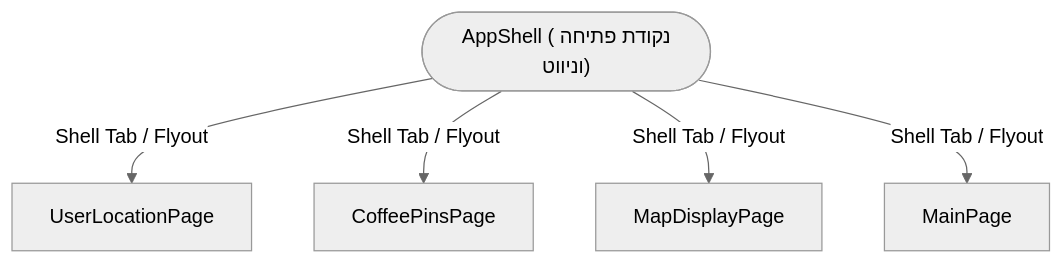
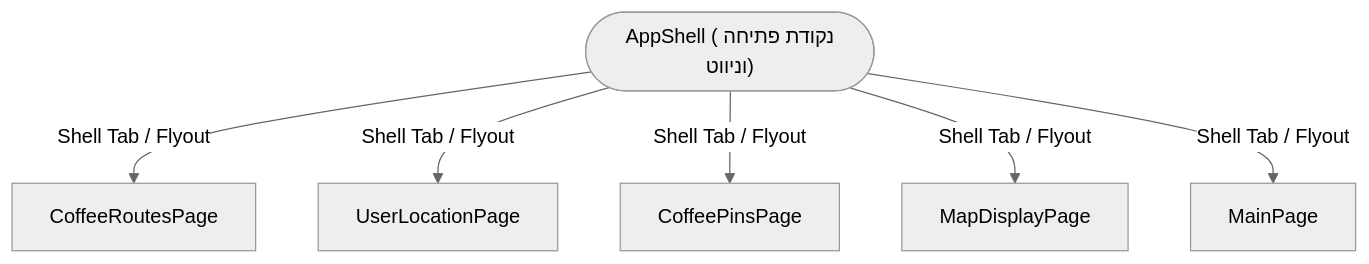
One commit to stma1one/MauiGoogleMapSample changed the diagram in Learning/Diagrams/Screen-Flow.mmd. Above: the diagram before and after it, drawn with Mermaid (neutral theme). The commit also changed 41 other files, not shown here.

Commit message:
feat(stage-05): add CoffeeRoutesPage, Polyline/Circle MapElements, tour distance calculation, xunit.v3 tests, and PDF guides

```diff
--- a/Learning/Diagrams/Screen-Flow.mmd
+++ b/Learning/Diagrams/Screen-Flow.mmd
@@ -1,6 +1,7 @@
 flowchart TD
   AppShell(["AppShell (נקודת פתיחה וניווט)"])
+  AppShell -->|"Shell Tab / Flyout"| CoffeeRoutesPage
   AppShell -->|"Shell Tab / Flyout"| UserLocationPage
   AppShell -->|"Shell Tab / Flyout"| CoffeePinsPage
   AppShell -->|"Shell Tab / Flyout"| MapDisplayPage
   AppShell -->|"Shell Tab / Flyout"| MainPage
```
